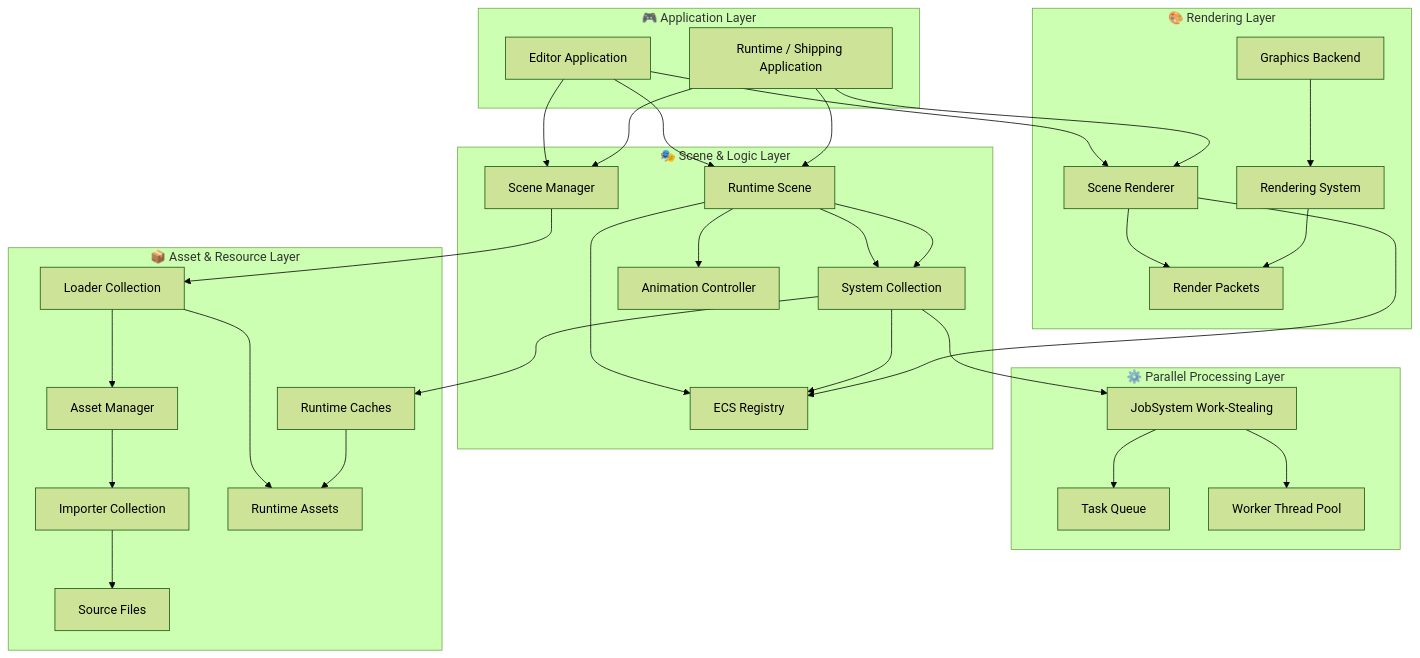
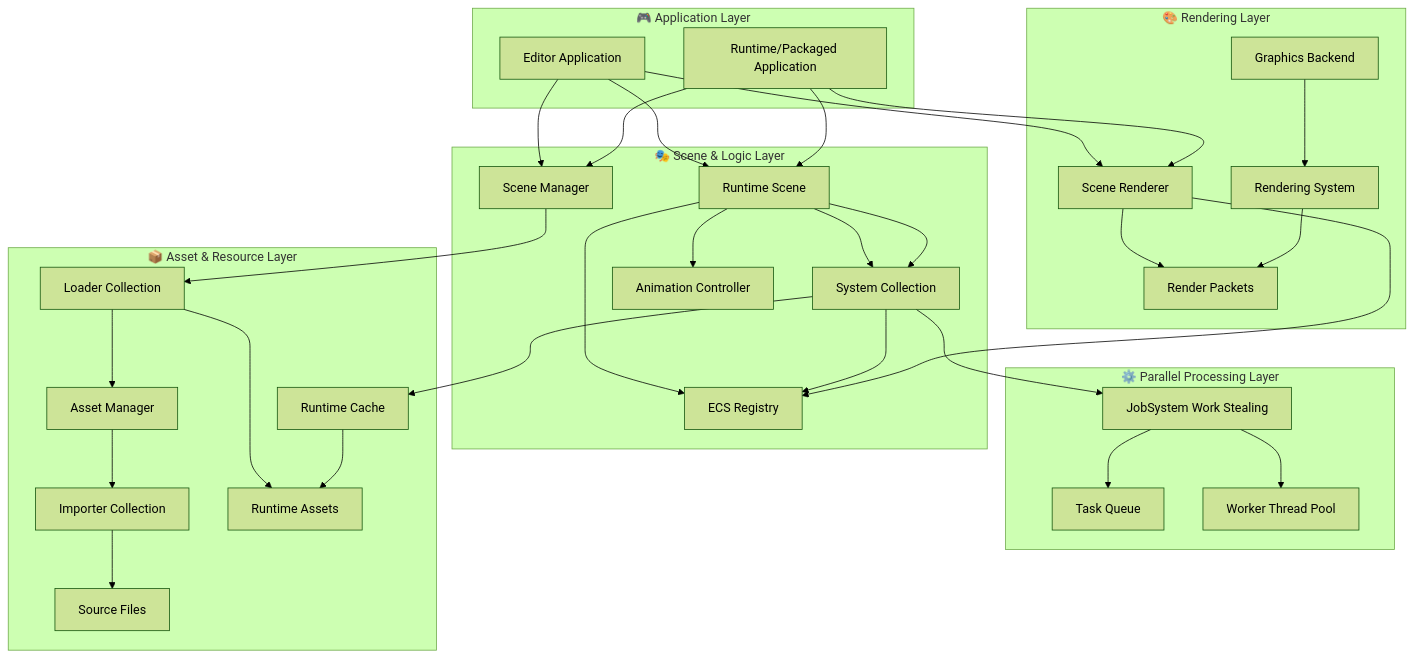
Before and after one commit to NGLSG/Luma: the first of 12 diagrams in ARCHITECTURE_EN.md, drawn with Mermaid (forest theme). The commit also changed other lines of this file and 61 other files, not shown here.

````diff
--- a/ARCHITECTURE_EN.md
+++ b/ARCHITECTURE_EN.md
@@ -14,63 +11,63 @@
 ```mermaid
 graph TD
     subgraph "🎮 Application Layer"
         Editor[Editor Application]
-        Runtime[Runtime / Shipping Application]
+        Runtime[Runtime/Packaged Application]
     end
 
     subgraph "🎭 Scene & Logic Layer"
         SceneManager[Scene Manager]
         RuntimeScene[Runtime Scene]
         Systems[System Collection]
         Registry[ECS Registry]
         AnimController[Animation Controller]
         RuntimeScene --> Systems
         RuntimeScene --> Registry
         RuntimeScene --> AnimController
     end
 
     subgraph "⚙️ Parallel Processing Layer"
-        JobSystem[JobSystem Work-Stealing]
+        JobSystem[JobSystem Work Stealing]
         TaskQueue[Task Queue]
         WorkerThreads[Worker Thread Pool]
         JobSystem --> TaskQueue
         JobSystem --> WorkerThreads
     end
 
     subgraph "📦 Asset & Resource Layer"
         AssetManager[Asset Manager]
         Importers[Importer Collection]
         Loaders[Loader Collection]
-        RuntimeCaches[Runtime Caches]
+        RuntimeCaches[Runtime Cache]
         SourceFiles[Source Files]
         RuntimeAssets[Runtime Assets]
         AssetManager --> Importers
         Importers --> SourceFiles
         Loaders --> AssetManager
         Loaders --> RuntimeAssets
         RuntimeCaches --> RuntimeAssets
     end
 
     subgraph "🎨 Rendering Layer"
         SceneRenderer[Scene Renderer]
         RenderSystem[Rendering System]
         GraphicsBackend[Graphics Backend]
         RenderPackets[Render Packets]
         SceneRenderer --> RenderPackets
         RenderSystem --> RenderPackets
         GraphicsBackend --> RenderSystem
     end
 
     Editor --> SceneManager
     Runtime --> SceneManager
     Editor --> RuntimeScene
     Runtime --> RuntimeScene
     RuntimeScene --> Systems
     Systems --> Registry
     Systems --> RuntimeCaches
     Systems --> JobSystem
     SceneManager --> Loaders
     Editor --> SceneRenderer
     Runtime --> SceneRenderer
     SceneRenderer --> Registry
 ```
````
